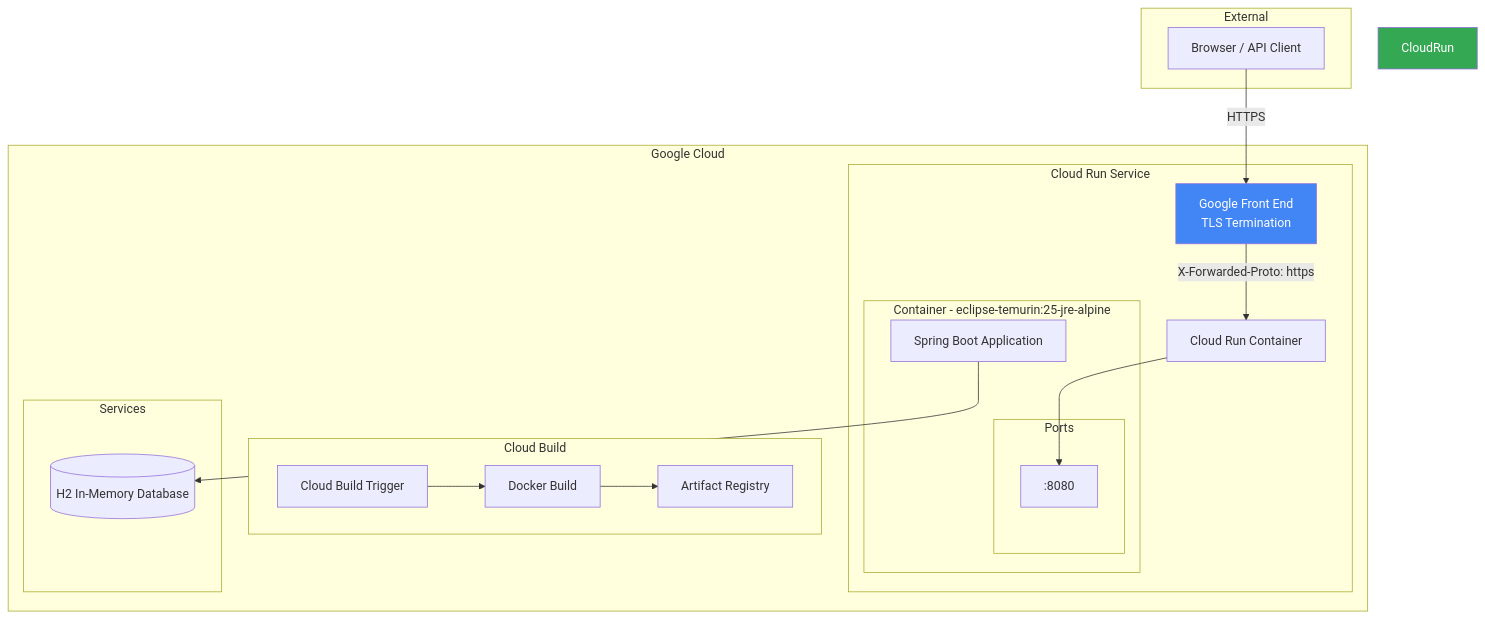
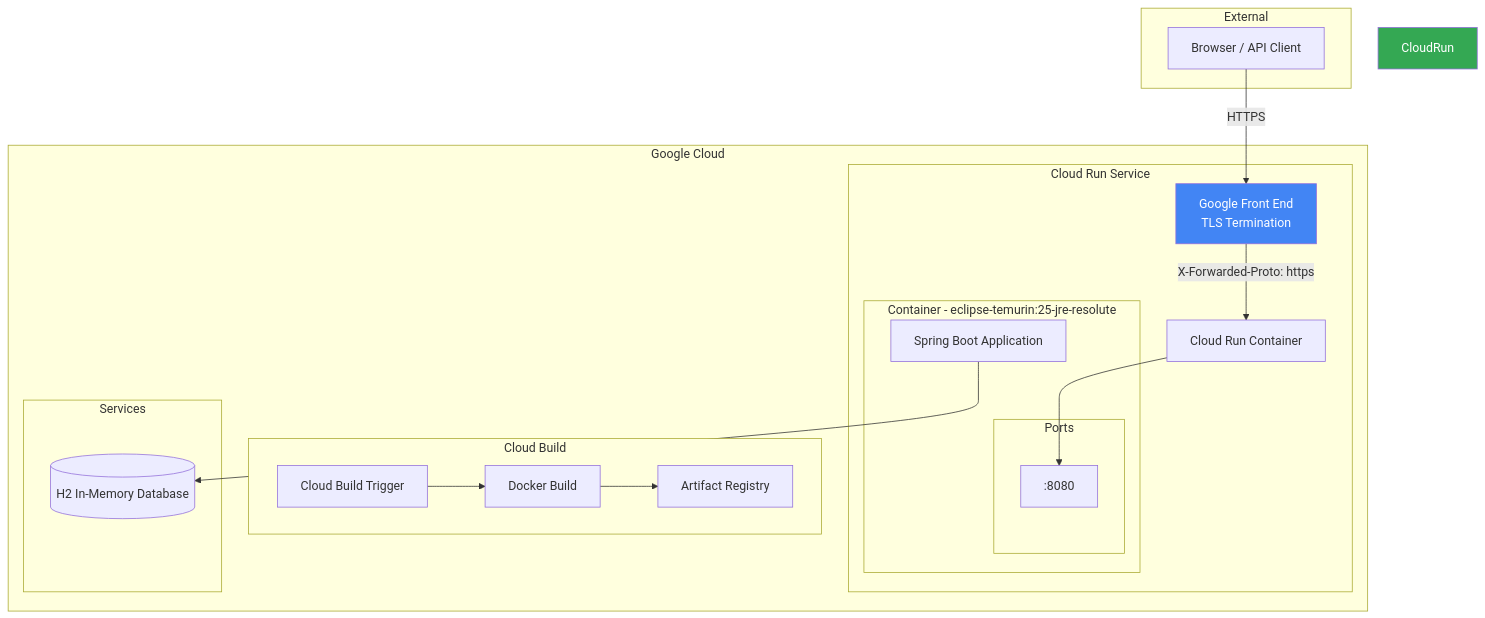
The first of 5 diagrams in docs/architecture/deployment.md (fjs-org/DocumentManager), drawn with Mermaid before and after one commit. The commit also changed other lines of this file and 2 other files, not shown here.

Commit message:
install-tess-lib-eng-traindata-via-Dockerfile

````diff
--- a/docs/architecture/deployment.md
+++ b/docs/architecture/deployment.md
@@ -5,40 +5,40 @@
 ```mermaid
 graph TB
     subgraph "Google Cloud"
         subgraph "Cloud Run Service"
             GFE[Google Front End<br/>TLS Termination]
             Proxy[Cloud Run Container]
 
-            subgraph "Container - eclipse-temurin:25-jre-alpine"
+            subgraph "Container - eclipse-temurin:25-jre-resolute"
                 SpringBoot[Spring Boot Application]
                 subgraph "Ports"
                     Port8080[":8080"]
                 end
             end
 
             GFE -->|X-Forwarded-Proto: https| Proxy
             Proxy --> Port8080
         end
 
         subgraph "Cloud Build"
             Trigger[Cloud Build Trigger]
             Docker[Docker Build]
             Registry[Artifact Registry]
             Trigger --> Docker --> Registry
         end
 
         subgraph "Services"
             H2[(H2 In-Memory Database)]
         end
     end
 
     subgraph "External"
         Client[Browser / API Client]
     end
 
     Client -->|HTTPS| GFE
     SpringBoot --> H2
 
     style GFE fill:#4285F4,color:#fff
     style CloudRun fill:#34A853,color:#fff
 ```
````
